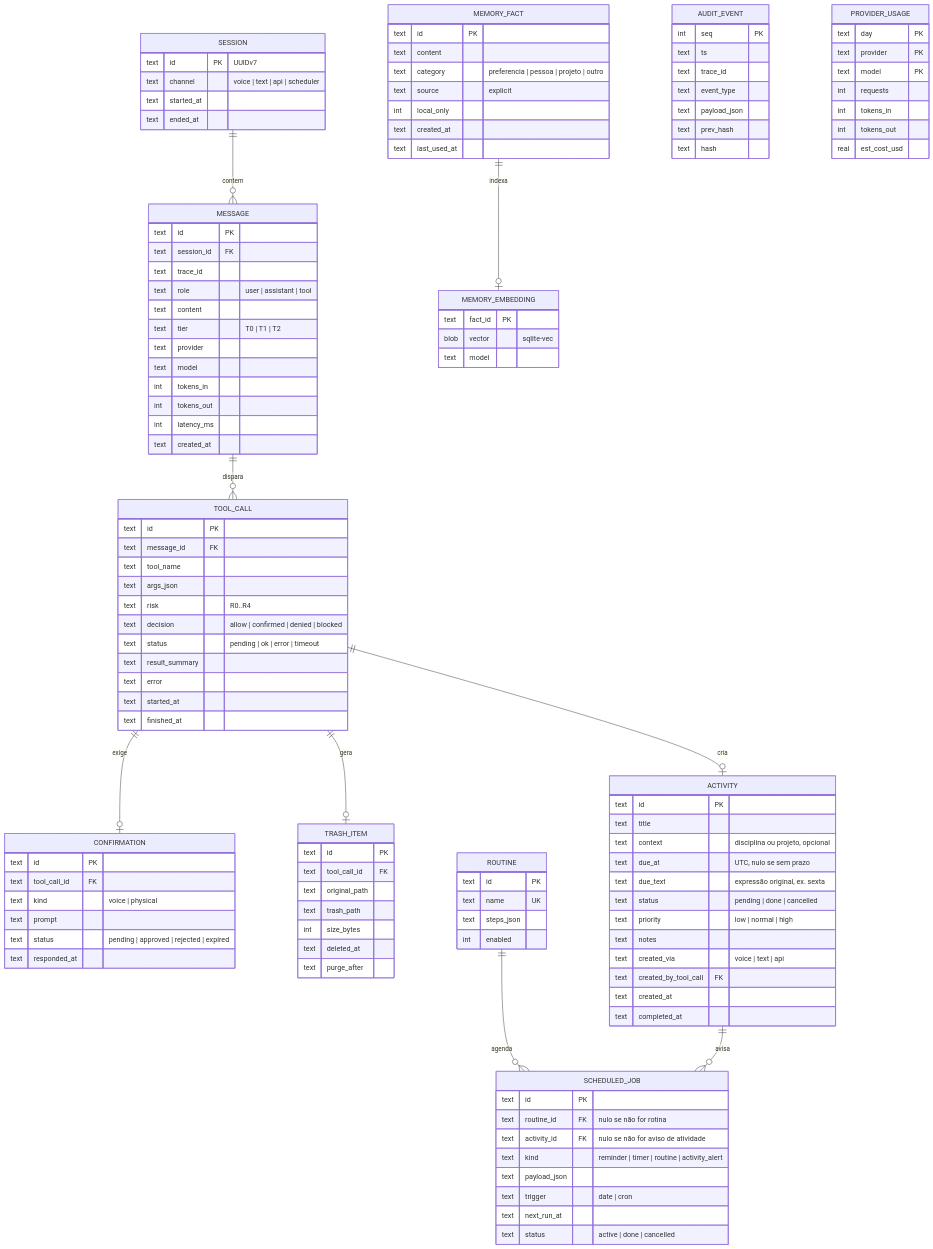
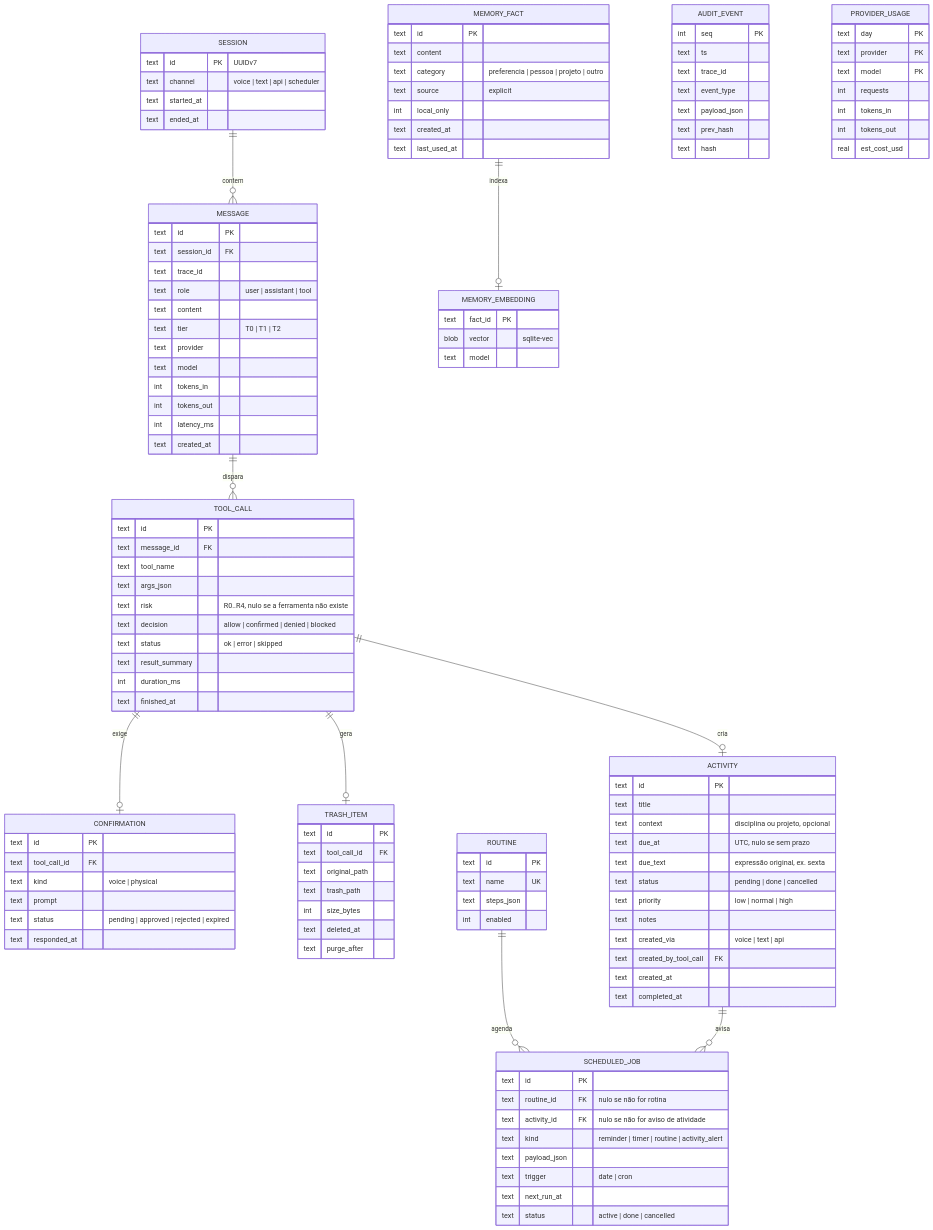
Before and after one commit to VitorAngN/Shiro-Agente: the diagram in docs/04-modelo-de-dados.md, drawn with Mermaid. The commit also changed 4 other files, not shown here.

```diff
--- a/docs/04-modelo-de-dados.md
+++ b/docs/04-modelo-de-dados.md
@@ -40,12 +40,11 @@
         text message_id FK
         text tool_name
         text args_json
-        text risk "R0..R4"
+        text risk "R0..R4, nulo se a ferramenta não existe"
         text decision "allow | confirmed | denied | blocked"
-        text status "pending | ok | error | timeout"
+        text status "ok | error | skipped"
         text result_summary
-        text error
-        text started_at
+        int duration_ms
         text finished_at
     }
     CONFIRMATION {
```
